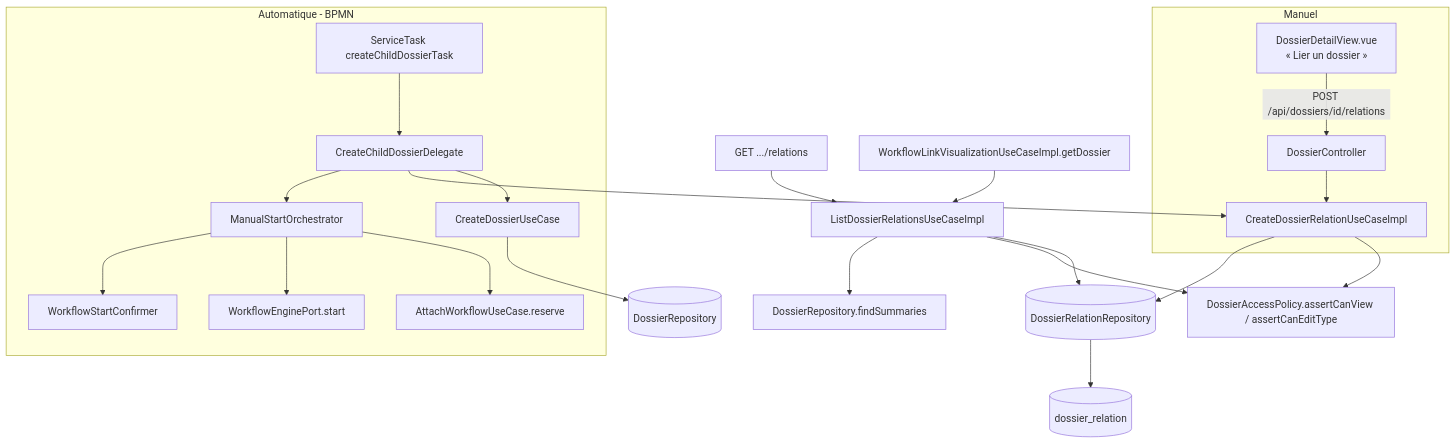
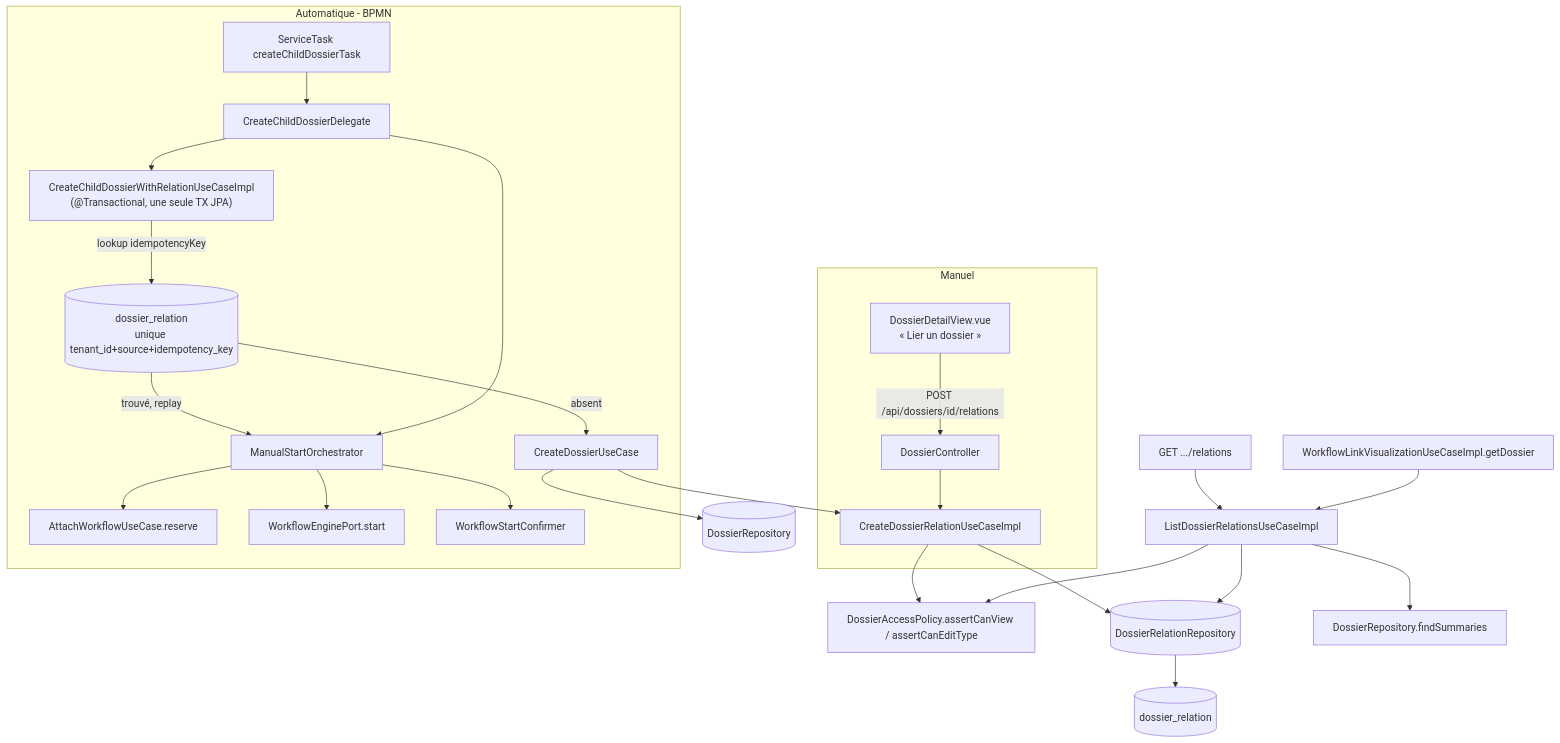
The diagram in docs/ai/design/2026-08-14-feature-relations-dossiers.md (superjojo79/Myrmacta), drawn with Mermaid before and after one commit. The commit also changed other lines of this file and 2 other files, not shown here.

````diff
--- a/docs/ai/design/2026-08-14-feature-relations-dossiers.md
+++ b/docs/ai/design/2026-08-14-feature-relations-dossiers.md
@@ -21,29 +22,32 @@
 ```mermaid
 graph TD
   subgraph Manuel
     UI[DossierDetailView.vue<br/>« Lier un dossier »] -->|POST /api/dossiers/id/relations| Ctrl[DossierController]
     Ctrl --> CreateUC[CreateDossierRelationUseCaseImpl]
   end
 
   subgraph Automatique - BPMN
     BPMN[ServiceTask createChildDossierTask] --> Delegate[CreateChildDossierDelegate]
-    Delegate --> CreateDossierUC[CreateDossierUseCase]
-    Delegate --> CreateUC
+    Delegate --> ChildUC["CreateChildDossierWithRelationUseCaseImpl<br/>(@Transactional, une seule TX JPA)"]
+    ChildUC -->|lookup idempotencyKey| RelationRepoLookup[(dossier_relation<br/>unique tenant_id+source+idempotency_key)]
+    RelationRepoLookup -->|trouvé, replay| Orchestrator
+    RelationRepoLookup -->|absent| CreateDossierUC[CreateDossierUseCase]
+    CreateDossierUC --> CreateUC[CreateDossierRelationUseCaseImpl]
     Delegate --> Orchestrator[ManualStartOrchestrator]
     Orchestrator --> Attach[AttachWorkflowUseCase.reserve]
     Orchestrator --> Engine[WorkflowEnginePort.start]
     Orchestrator --> Confirmer[WorkflowStartConfirmer]
   end
 
   CreateDossierUC --> DossierRepo[(DossierRepository)]
   CreateUC --> AccessPolicy[DossierAccessPolicy.assertCanView / assertCanEditType]
   CreateUC --> RelationRepo[(DossierRelationRepository)]
   RelationRepo --> DB[(dossier_relation)]
 
   ListCtrl[GET .../relations] --> ListUC[ListDossierRelationsUseCaseImpl]
   ListUC --> RelationRepo
   ListUC --> AccessPolicy
   ListUC --> DossierSummary[DossierRepository.findSummaries]
 
   WFPanel[WorkflowLinkVisualizationUseCaseImpl.getDossier] --> ListUC
 ```
````
